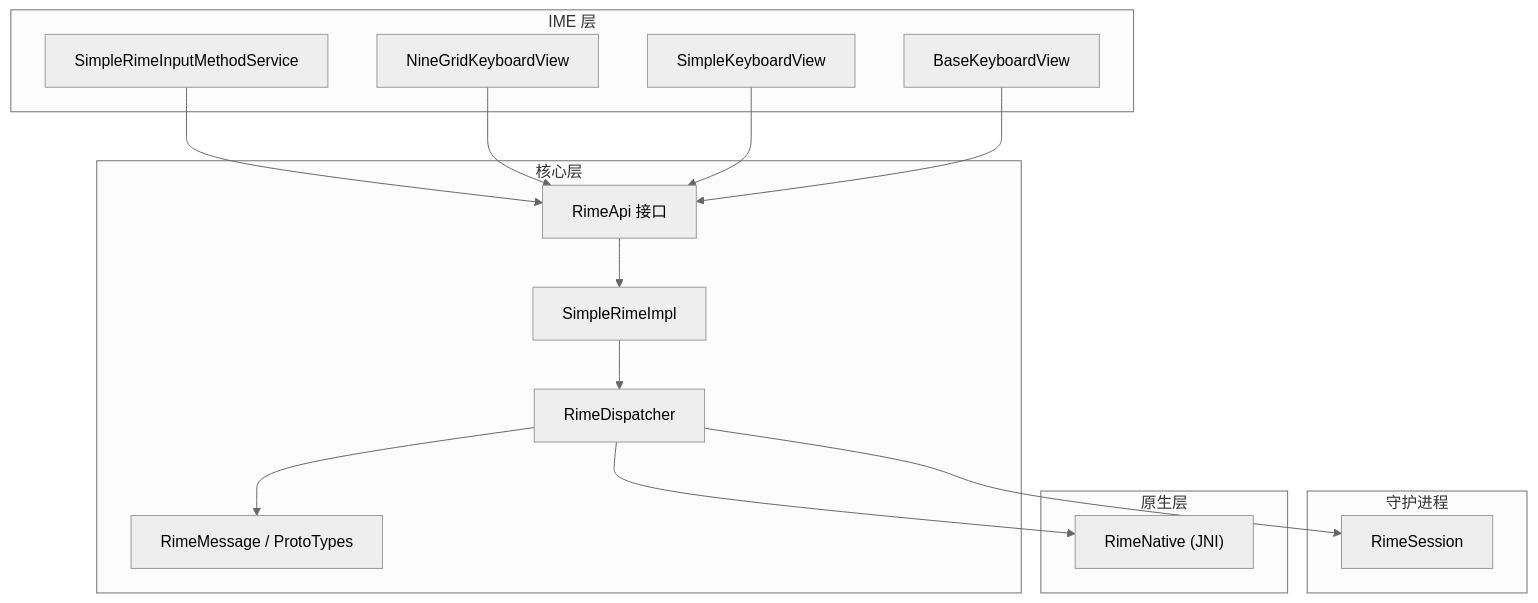
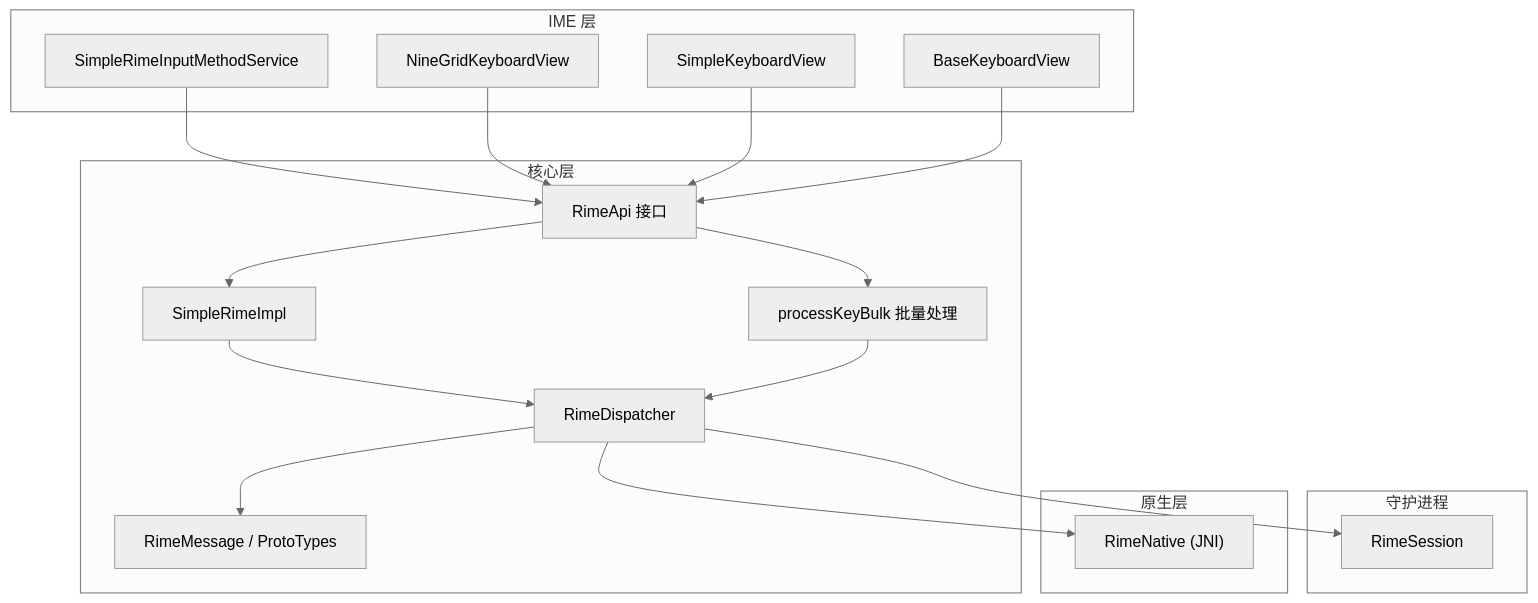
Before and after one commit to qiaodashaoye/ziyou-ime: the first of 3 diagrams in .qoder/repowiki/zh/content/架构设计/分层架构设计/业务逻辑层/Rime API 接口设计.md, drawn with Mermaid (neutral theme). The commit also changed other lines of this file and 7 other files, not shown here.

````diff
--- a/.qoder/repowiki/zh/content/架构设计/分层架构设计/业务逻辑层/Rime API 接口设计.md
+++ b/.qoder/repowiki/zh/content/架构设计/分层架构设计/业务逻辑层/Rime API 接口设计.md
@@ -43,30 +50,33 @@
 ```mermaid
 graph TB
 subgraph "IME 层"
 IMS["SimpleRimeInputMethodService"]
 KB1["NineGridKeyboardView"]
 KB2["SimpleKeyboardView"]
 KB0["BaseKeyboardView"]
 end
 subgraph "核心层"
 API["RimeApi 接口"]
 IMPL["SimpleRimeImpl"]
 DISP["RimeDispatcher"]
 MSG["RimeMessage / ProtoTypes"]
+BULK["processKeyBulk 批量处理"]
 end
 subgraph "守护进程"
 SESS["RimeSession"]
 end
 subgraph "原生层"
 NATIVE["RimeNative (JNI)"]
 end
 IMS --> API
 KB1 --> API
 KB2 --> API
 KB0 --> API
 API --> IMPL
 IMPL --> DISP
 DISP --> SESS
 DISP --> NATIVE
 DISP --> MSG
+API --> BULK
+BULK --> DISP
 ```
````
